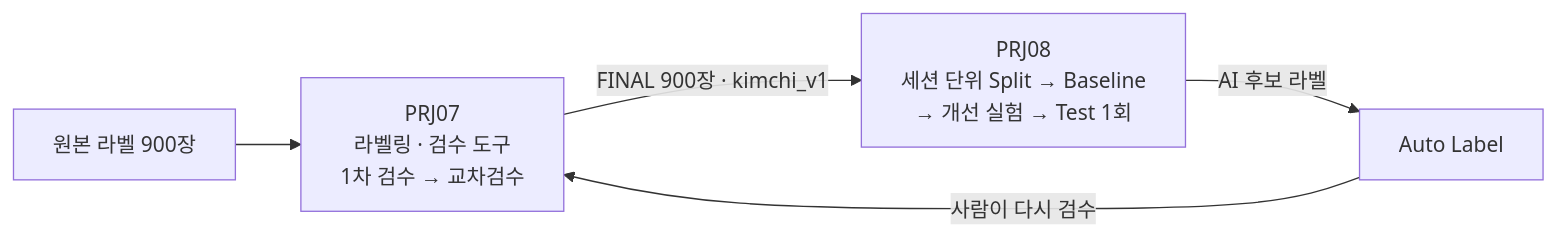
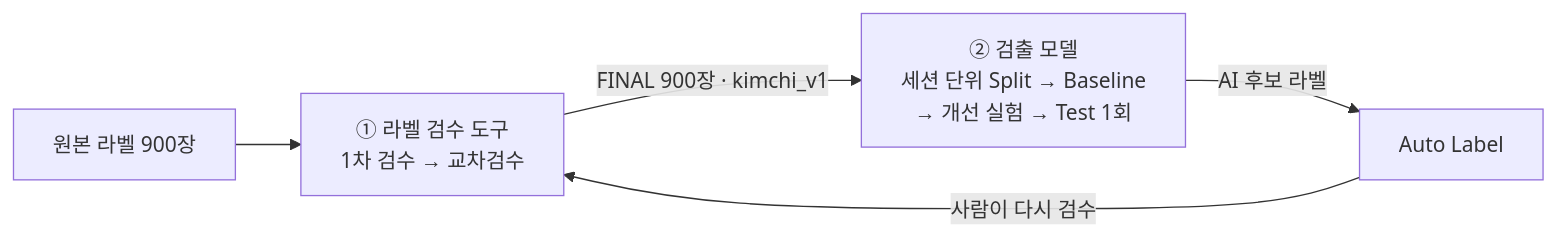
Before and after one commit to howolcat/prj2026.10: the diagram in README.md, drawn with Mermaid. The commit also changed other lines of this file and 304 other files, not shown here.

````diff
--- a/README.md
+++ b/README.md
@@ -10,7 +10,7 @@
 ```mermaid
 flowchart LR
-    A["원본 라벨 900장"] --> B["PRJ07<br/>라벨링 · 검수 도구<br/>1차 검수 → 교차검수"]
-    B -->|"FINAL 900장 · kimchi_v1"| C["PRJ08<br/>세션 단위 Split → Baseline<br/>→ 개선 실험 → Test 1회"]
+    A["원본 라벨 900장"] --> B["① 라벨 검수 도구<br/>1차 검수 → 교차검수"]
+    B -->|"FINAL 900장 · kimchi_v1"| C["② 검출 모델<br/>세션 단위 Split → Baseline<br/>→ 개선 실험 → Test 1회"]
     C -->|"AI 후보 라벨"| D["Auto Label"]
     D -->|"사람이 다시 검수"| B
 ```
````
